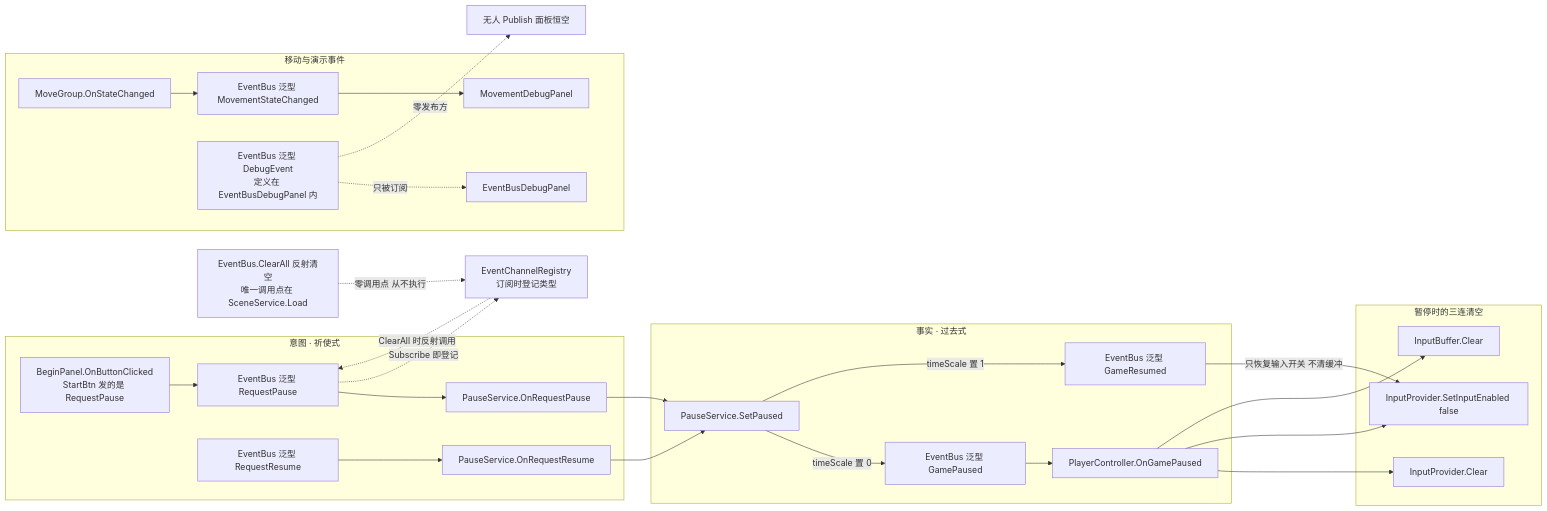
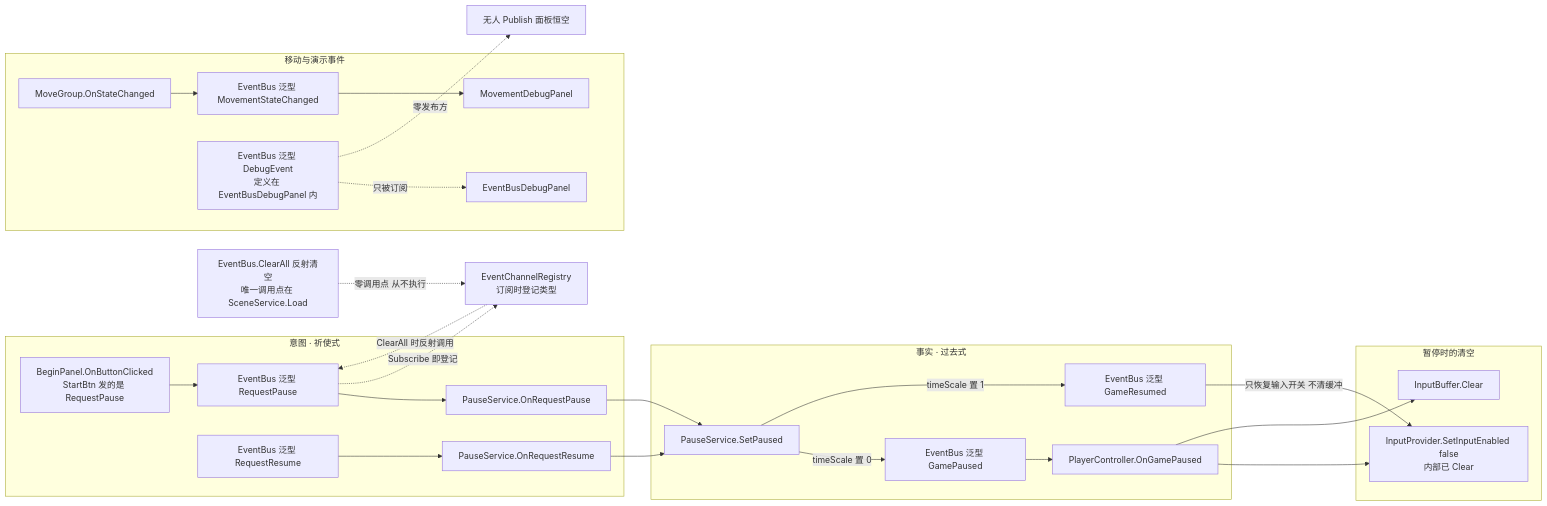
Diagram 12 of 16 in Docs/架构图集.md (5FYZhou/deepseaoil), drawn with Mermaid before and after one commit. The commit also changed other lines of this file and 47 other files, not shown here.

````diff
--- a/Docs/架构图集.md
+++ b/Docs/架构图集.md
@@ -490,49 +470,47 @@
 ```mermaid
 flowchart LR
   subgraph INTENT["意图 · 祈使式"]
     BP["BeginPanel.OnButtonClicked<br/>StartBtn 发的是 RequestPause"]
     E1["EventBus 泛型 RequestPause"]
     E1B["EventBus 泛型 RequestResume"]
     PSI["PauseService.OnRequestPause"]
     PSI2["PauseService.OnRequestResume"]
   end
   subgraph FACT["事实 · 过去式"]
     PSS["PauseService.SetPaused"]
     E2["EventBus 泛型 GamePaused"]
     E2B["EventBus 泛型 GameResumed"]
     PCI["PlayerController.OnGamePaused"]
   end
-  subgraph FREEZE["暂停时的三连清空"]
-    F1["InputProvider.Clear"]
-    F2["InputProvider.SetInputEnabled false"]
+  subgraph FREEZE["暂停时的清空"]
+    F2["InputProvider.SetInputEnabled false<br/>内部已 Clear"]
     F3["InputBuffer.Clear"]
   end
   subgraph OTHER["移动与演示事件"]
     MG["MoveGroup.OnStateChanged"]
     E3["EventBus 泛型 MovementStateChanged"]
     MDP["MovementDebugPanel"]
     E4["EventBus 泛型 DebugEvent<br/>定义在 EventBusDebugPanel 内"]
     EBP["EventBusDebugPanel"]
   end
   REG["EventChannelRegistry<br/>订阅时登记类型"]
   CLR["EventBus.ClearAll 反射清空<br/>唯一调用点在 SceneService.Load"]
   BP --> E1
   E1 --> PSI
   E1B --> PSI2
   PSI --> PSS
   PSI2 --> PSS
   PSS -->|"timeScale 置 0"| E2
   PSS -->|"timeScale 置 1"| E2B
   E2 --> PCI
-  PCI --> F1
   PCI --> F2
   PCI --> F3
   E2B -->|"只恢复输入开关 不清缓冲"| F2
   MG --> E3
   E3 --> MDP
   E4 -.->|"只被订阅"| EBP
   E4 -.->|"零发布方"| VOID["无人 Publish 面板恒空"]
   E1 -.->|"Subscribe 即登记"| REG
   REG -.->|"ClearAll 时反射调用"| E1
   CLR -.->|"零调用点 从不执行"| REG
 ```
````
